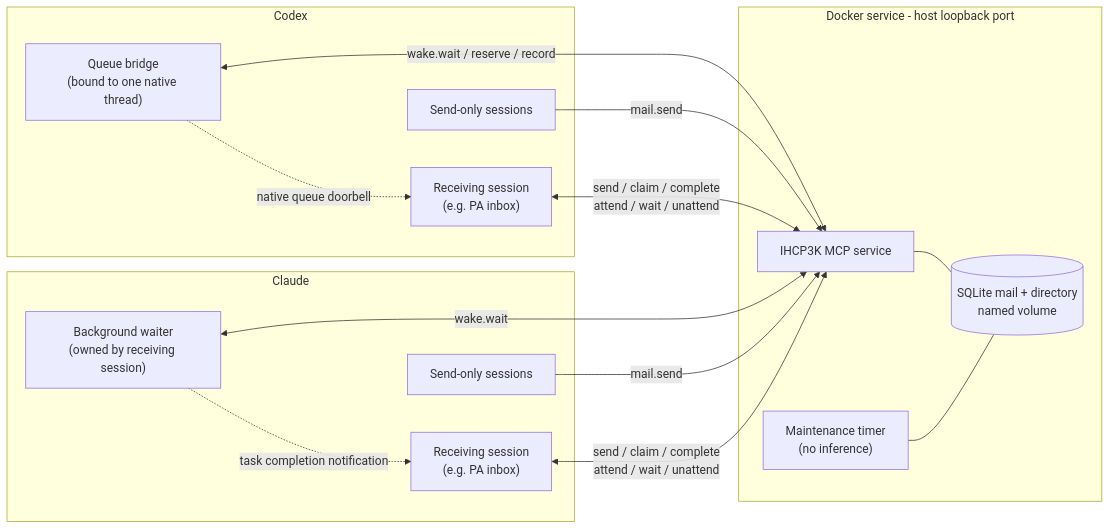
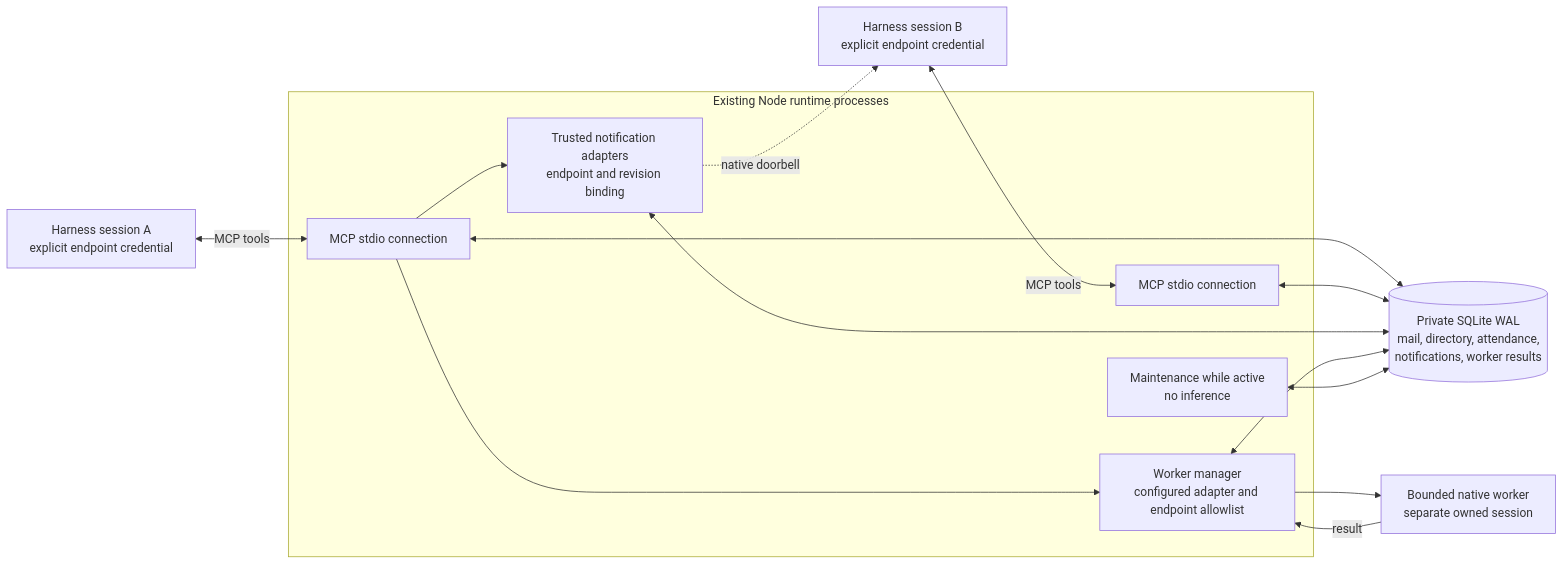
The diagram in docs/architecture.md (GreyManSoftware/IHCP3K), drawn with Mermaid before and after one commit. The commit also changed other lines of this file and 36 other files, not shown here.

Commit message:
Implement v0.5 local stdio runtime and native harness adapters

````diff
--- a/docs/architecture.md
+++ b/docs/architecture.md
@@ -5,28 +5,26 @@
 ```mermaid
 flowchart LR
-  subgraph HA[Codex]
-    RA["Receiving session<br/>(e.g. PA inbox)"]
-    SA[Send-only sessions]
-    WA["Queue bridge<br/>(bound to one native thread)"]
+  A["Harness session A<br/>explicit endpoint credential"]
+  B["Harness session B<br/>explicit endpoint credential"]
+  subgraph Local["Existing Node runtime processes"]
+    R1["MCP stdio connection"]
+    R2["MCP stdio connection"]
+    N["Trusted notification adapters<br/>endpoint and revision binding"]
+    W["Worker manager<br/>configured adapter and endpoint allowlist"]
+    M["Maintenance while active<br/>no inference"]
   end
-  subgraph HB[Claude]
-    RB["Receiving session<br/>(e.g. PA inbox)"]
-    SB[Send-only sessions]
-    WB["Background waiter<br/>(owned by receiving session)"]
-  end
-  subgraph D["Docker service - host loopback port"]
-    S[IHCP3K MCP service]
-    DB[("SQLite mail + directory<br/>named volume")]
-    M["Maintenance timer<br/>(no inference)"]
-    S --- DB
-    M --- DB
-  end
-  SA -->|mail.send| S
-  SB -->|mail.send| S
-  RA <-->|"send / claim / complete<br/>attend / wait / unattend"| S
-  RB <-->|"send / claim / complete<br/>attend / wait / unattend"| S
-  WA <-->|"wake.wait / reserve / record"| S
-  WB <-->|wake.wait| S
-  WA -. "native queue doorbell" .-> RA
-  WB -. "task completion notification" .-> RB
+  DB[("Private SQLite WAL<br/>mail, directory, attendance,<br/>notifications, worker results")]
+  Child["Bounded native worker<br/>separate owned session"]
+  A <-->|"MCP tools"| R1
+  B <-->|"MCP tools"| R2
+  R1 <--> DB
+  R2 <--> DB
+  R1 --> N
+  N <--> DB
+  N -. "native doorbell" .-> B
+  R1 --> W
+  W --> Child
+  Child -->|result| W
+  W <--> DB
+  M <--> DB
 ```
````
